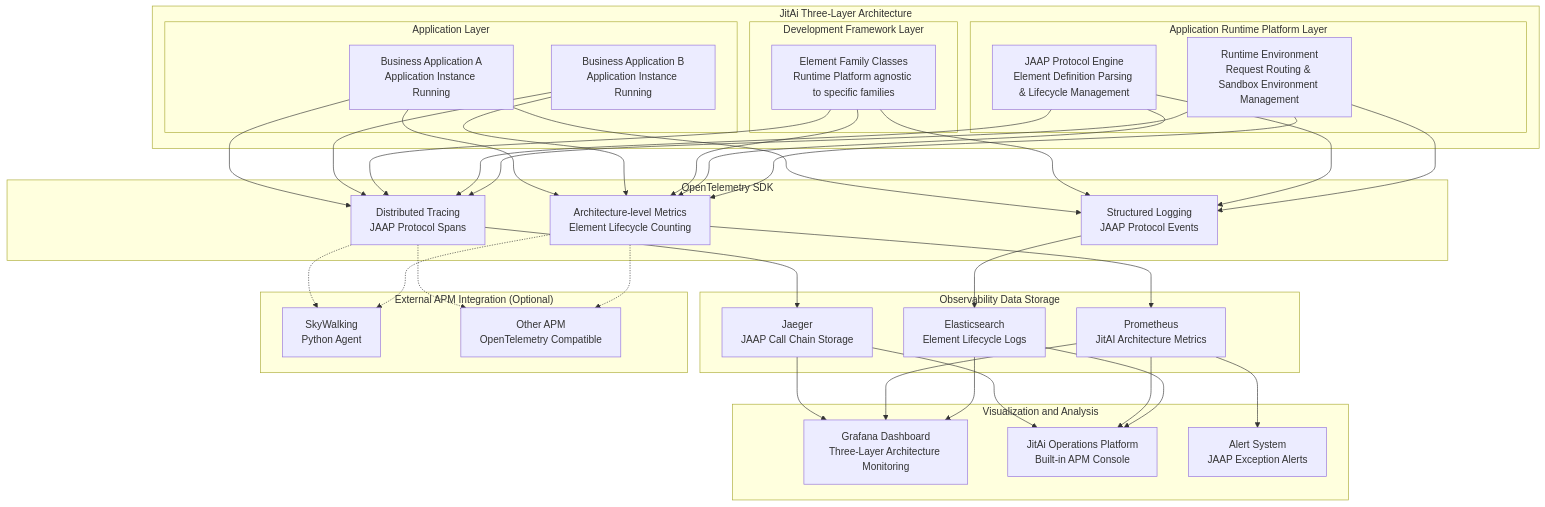
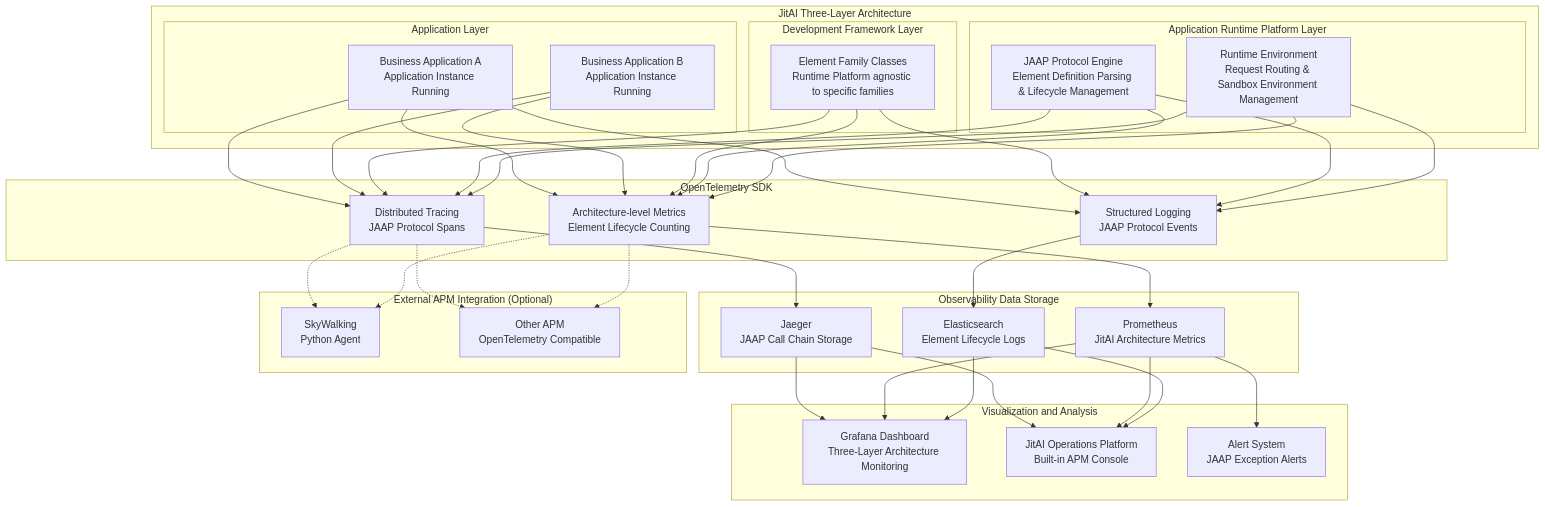
Before and after one commit to jitai-team/jitai-docs: the fourth of 4 diagrams in docs/devguide/advanced-guide/application-layer-stability-guarantee.md, drawn with Mermaid. The commit also changed other lines of this file and 395 other files, not shown here.

````diff
--- a/docs/devguide/advanced-guide/application-layer-stability-guarantee.md
+++ b/docs/devguide/advanced-guide/application-layer-stability-guarantee.md
@@ -230,81 +230,81 @@
 ```mermaid
 graph TB
-    subgraph "JitAi Three-Layer Architecture"
+    subgraph "JitAI Three-Layer Architecture"
         subgraph "Application Layer"
             App1[Business Application A<br/>Application Instance Running]
             App2[Business Application B<br/>Application Instance Running]
         end
         
         subgraph "Development Framework Layer"
             Framework[Element Family Classes<br/>Runtime Platform agnostic to specific families]
         end
         
         subgraph "Application Runtime Platform Layer"
             JAAP[JAAP Protocol Engine<br/>Element Definition Parsing & Lifecycle Management]
             Runtime[Runtime Environment<br/>Request Routing & Sandbox Environment Management]
         end
     end
     
     subgraph "OpenTelemetry SDK"
         Tracer[Distributed Tracing<br/>JAAP Protocol Spans]
         Metrics[Architecture-level Metrics<br/>Element Lifecycle Counting]
         Logs[Structured Logging<br/>JAAP Protocol Events]
     end
     
     subgraph "Observability Data Storage"
         Jaeger[Jaeger<br/>JAAP Call Chain Storage]
         Prometheus[Prometheus<br/>JitAI Architecture Metrics]
         ES[Elasticsearch<br/>Element Lifecycle Logs]
     end
     
     subgraph "Visualization and Analysis"
         Grafana[Grafana Dashboard<br/>Three-Layer Architecture Monitoring]
-        JitAiConsole[JitAi Operations Platform<br/>Built-in APM Console]
+        JitAIConsole[JitAI Operations Platform<br/>Built-in APM Console]
         AlertManager[Alert System<br/>JAAP Exception Alerts]
     end
     
     subgraph "External APM Integration (Optional)"
         Skywalking[SkyWalking<br/>Python Agent]
         Others[Other APM<br/>OpenTelemetry Compatible]
     end
     
     %% Runtime Platform layer to OpenTelemetry connections
     App1 --> Tracer
     App2 --> Tracer
     Framework --> Tracer
     JAAP --> Tracer
     Runtime --> Tracer
     
     App1 --> Metrics
     App2 --> Metrics
     Framework --> Metrics
     JAAP --> Metrics
     Runtime --> Metrics
     
     App1 --> Logs
     Framework --> Logs
     JAAP --> Logs
     Runtime --> Logs
     
     %% OpenTelemetry to storage connections
     Tracer --> Jaeger
     Metrics --> Prometheus
     Logs --> ES
     
     %% Storage to visualization connections
     Jaeger --> Grafana
     Prometheus --> Grafana
     ES --> Grafana
-    Jaeger --> JitAiConsole
-    Prometheus --> JitAiConsole
-    ES --> JitAiConsole
+    Jaeger --> JitAIConsole
+    Prometheus --> JitAIConsole
+    ES --> JitAIConsole
     
     %% Alert connections
     Prometheus --> AlertManager
     
     %% External APM integration
     Tracer -.-> Skywalking
     Metrics -.-> Skywalking
     Tracer -.-> Others
     Metrics -.-> Others
 ```
````
